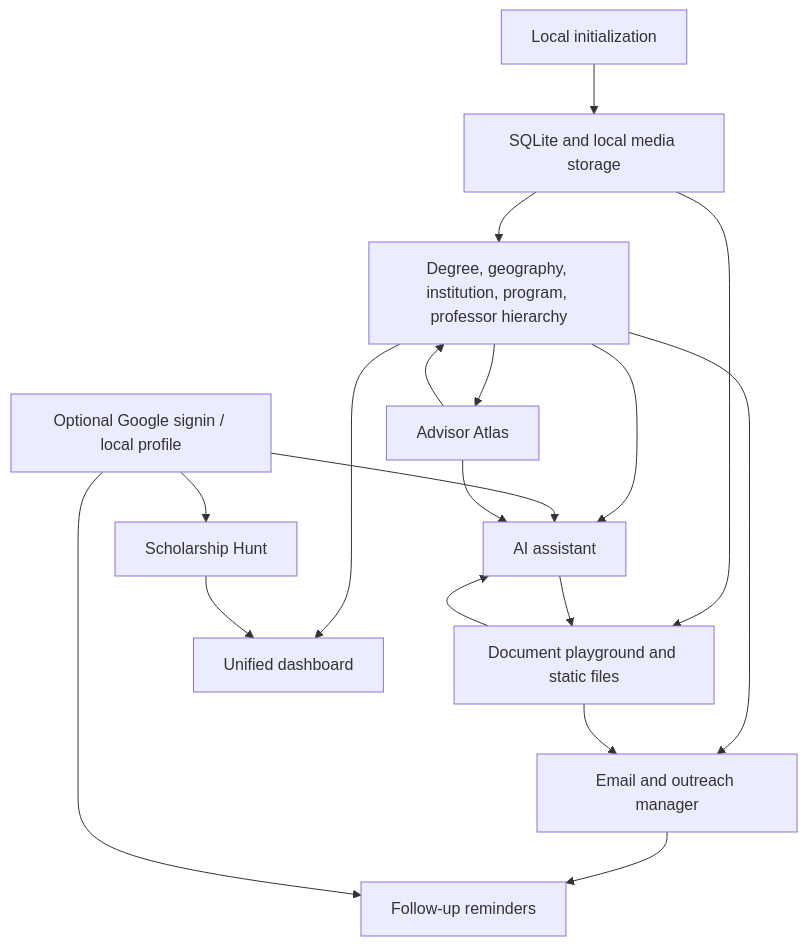
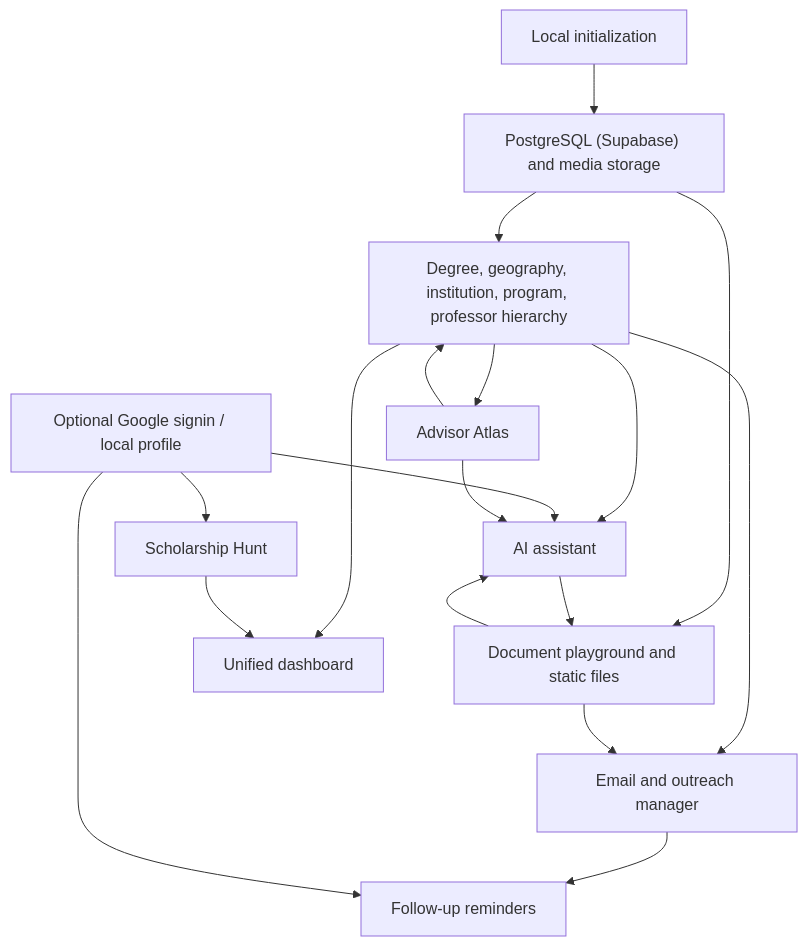
The diagram in AI-Context/functional/feature-map.md (fahadPathan7/ScholarDocX), drawn with Mermaid before and after one commit. The commit also changed 35 other files, not shown here.

Commit message:
refactor: migrate database from SQLite to PostgreSQL (Supabase) and remove legacy management scripts

````diff
--- a/AI-Context/functional/feature-map.md
+++ b/AI-Context/functional/feature-map.md
@@ -19,20 +19,20 @@
 ```mermaid
 flowchart TD
-  Init["Local initialization"] --> Storage["SQLite and local media storage"]
+  Init["Local initialization"] --> Storage["PostgreSQL (Supabase) and media storage"]
   Storage --> Hierarchy["Degree, geography, institution, program, professor hierarchy"]
   Storage --> Docs["Document playground and static files"]
   Hierarchy --> Dashboard["Unified dashboard"]
   Hierarchy --> Outreach["Email and outreach manager"]
   Docs --> Outreach
   Docs --> AI["AI assistant"]
   Outreach --> Reminders["Follow-up reminders"]
   Hierarchy --> AI
   AI --> Docs
   Auth["Optional Google signin / local profile"] --> AI
   Auth --> Reminders
   Auth --> News["Scholarship Hunt"]
   News --> Dashboard
   Hierarchy --> Atlas["Advisor Atlas"]
   Atlas --> Hierarchy
   Atlas --> AI
 ```
````
